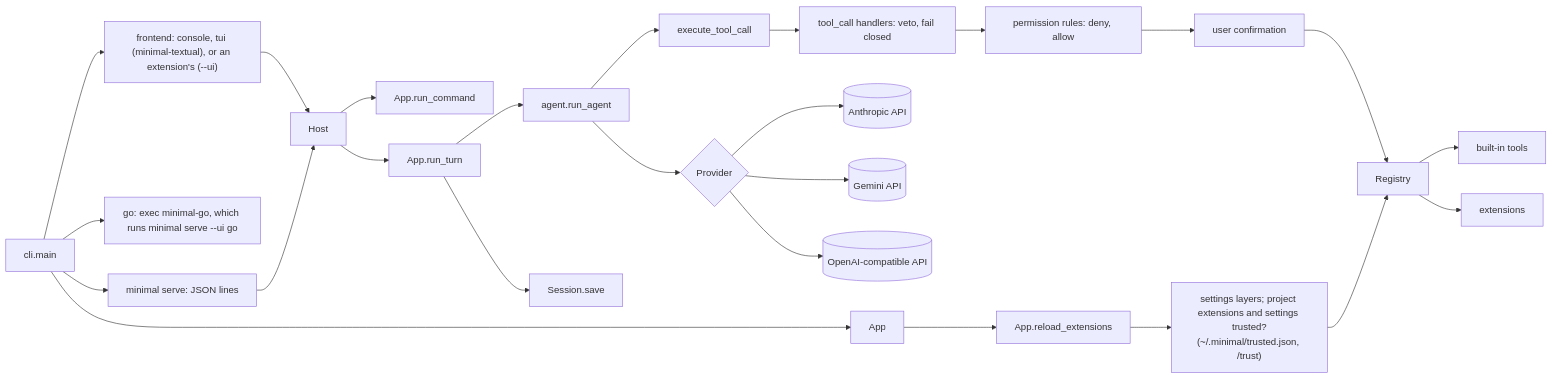
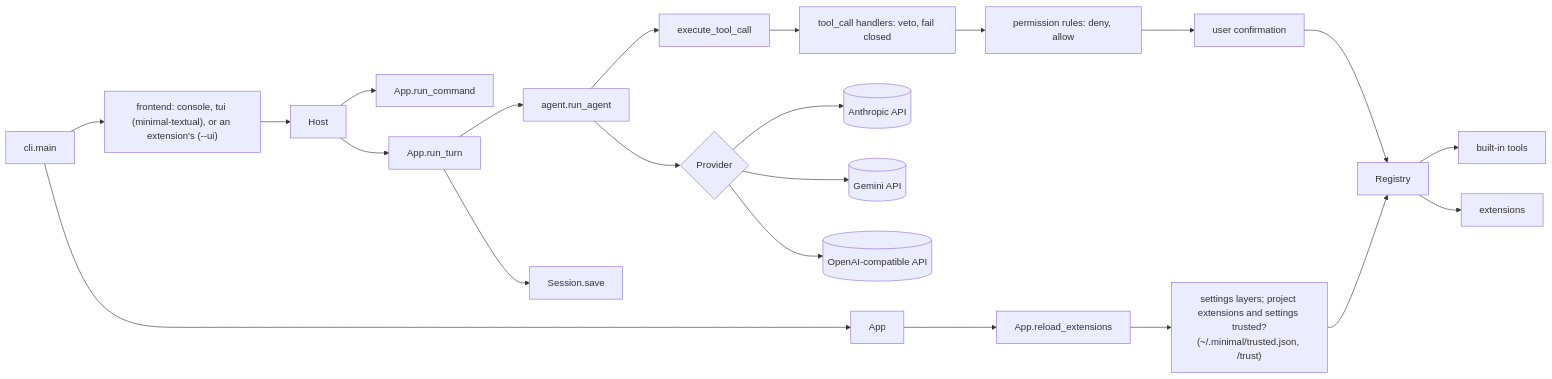
Before and after one commit to RafaSG13/Minimal: the diagram in README.md, drawn with Mermaid. The commit also changed other lines of this file and 23 other files, not shown here.

````diff
--- a/README.md
+++ b/README.md
@@ -282,19 +269,17 @@
 ```mermaid
 flowchart LR
   cli[cli.main] --> app[App]
   cli --> frontend["frontend: console, tui (minimal-textual), or an extension's (--ui)"] --> host[Host]
-  cli --> go["go: exec minimal-go, which runs minimal serve --ui go"]
-  cli --> serve["minimal serve: JSON lines"] --> host
   host --> commands[App.run_command]
   host --> turn[App.run_turn]
   turn --> agent[agent.run_agent]
   agent --> provider{Provider}
   provider --> anthropic[(Anthropic API)]
   provider --> gemini[(Gemini API)]
   provider --> openai[(OpenAI-compatible API)]
   agent --> exec[execute_tool_call] --> guard["tool_call handlers: veto, fail closed"] --> perms["permission rules: deny, allow"] --> confirm[user confirmation] --> registry[Registry]
   registry --> tools[built-in tools]
   registry --> ext[extensions]
   app --> reload[App.reload_extensions] --> trust["settings layers; project extensions and settings trusted?<br/>(~/.minimal/trusted.json, /trust)"] --> registry
   turn --> session[Session.save]
 ```
````
